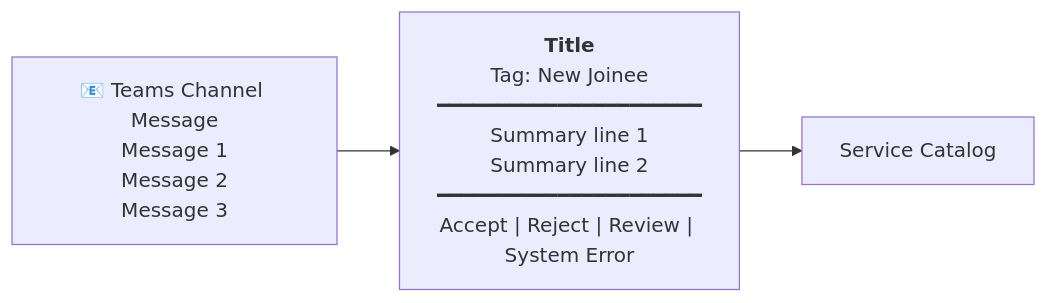
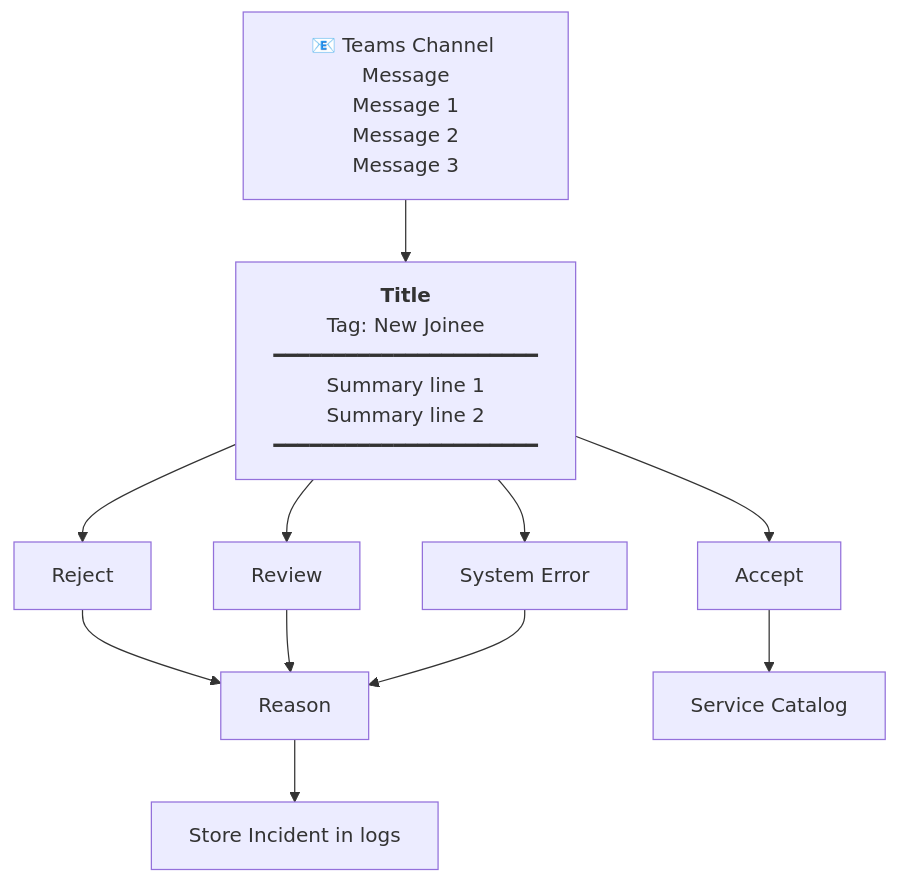
The diagram in email5.md (rajacsp/mermaid-public-samples), drawn with Mermaid before and after one commit.

````diff
--- a/email5.md
+++ b/email5.md
@@ -5,11 +5,27 @@
 ```mermaid
-graph LR
+graph TD
     INBOX["📧 Teams Channel Message<br/>Message 1<br/>Message 2<br/>Message 3"]
     
-    EXTRACT["<b>Title</b><br/>Tag: New Joinee<br/>━━━━━━━━━━━━━━━━━━━━━━<br/>Summary line 1<br/>Summary line 2<br/>━━━━━━━━━━━━━━━━━━━━━━<br/>Accept | Reject | Review | System Error"]
+    EXTRACT["<b>Title</b><br/>Tag: New Joinee<br/>━━━━━━━━━━━━━━━━━━━━━━<br/>Summary line 1<br/>Summary line 2<br/>━━━━━━━━━━━━━━━━━━━━━━"]
+    
+    ACCEPT["Accept"]
+    REJECT["Reject"]
+    REVIEW["Review"]
+    ERROR["System Error"]
+    
+    REASON1["Reason"]
+    REASON2["Store Incident in logs"]
     
     PROCESS["Service Catalog"]
     
     INBOX --> EXTRACT
-    EXTRACT --> PROCESS
+    EXTRACT --> ACCEPT
+    EXTRACT --> REJECT
+    EXTRACT --> REVIEW
+    EXTRACT --> ERROR
+    ACCEPT --> PROCESS
+    REJECT --> REASON1
+    REASON1 --> REASON2
+    REVIEW --> REASON1
+    ERROR --> REASON1
 ```
````
